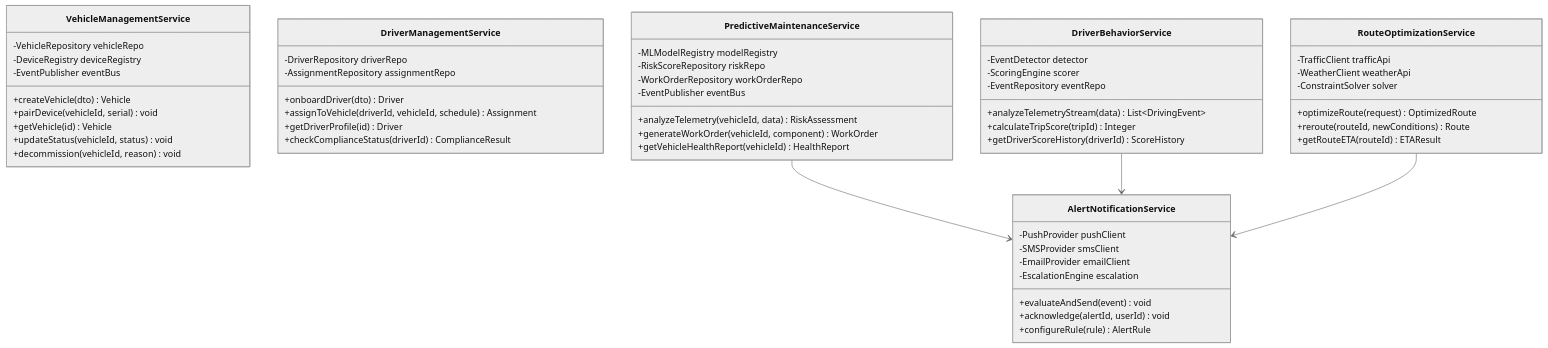
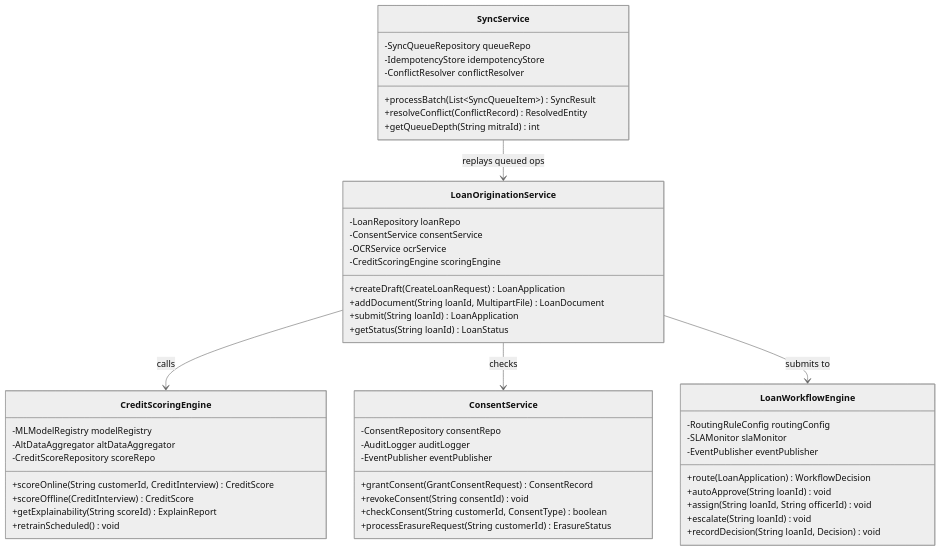
The fourth of 5 diagrams in CLASS_DIAGRAM.md (adityasinghz/kata), drawn with Mermaid (neutral theme) before and after one commit. The commit also changed other lines of this file and 24 other files, not shown here.

````diff
--- a/CLASS_DIAGRAM.md
+++ b/CLASS_DIAGRAM.md
@@ -288,64 +276,58 @@
 ```mermaid
 classDiagram
-    class VehicleManagementService {
-        -VehicleRepository vehicleRepo
-        -DeviceRegistry deviceRegistry
-        -EventPublisher eventBus
-        +createVehicle(dto) Vehicle
-        +pairDevice(vehicleId, serial) void
-        +getVehicle(id) Vehicle
-        +updateStatus(vehicleId, status) void
-        +decommission(vehicleId, reason) void
+    class LoanOriginationService {
+        -LoanRepository loanRepo
+        -ConsentService consentService
+        -OCRService ocrService
+        -CreditScoringEngine scoringEngine
+        +createDraft(CreateLoanRequest) LoanApplication
+        +addDocument(String loanId, MultipartFile) LoanDocument
+        +submit(String loanId) LoanApplication
+        +getStatus(String loanId) LoanStatus
     }
 
-    class DriverManagementService {
-        -DriverRepository driverRepo
-        -AssignmentRepository assignmentRepo
-        +onboardDriver(dto) Driver
-        +assignToVehicle(driverId, vehicleId, schedule) Assignment
-        +getDriverProfile(id) Driver
-        +checkComplianceStatus(driverId) ComplianceResult
+    class CreditScoringEngine {
+        -MLModelRegistry modelRegistry
+        -AltDataAggregator altDataAggregator
+        -CreditScoreRepository scoreRepo
+        +scoreOnline(String customerId, CreditInterview) CreditScore
+        +scoreOffline(CreditInterview) CreditScore
+        +getExplainability(String scoreId) ExplainReport
+        +retrainScheduled() void
     }
 
-    class PredictiveMaintenanceService {
-        -MLModelRegistry modelRegistry
-        -RiskScoreRepository riskRepo
-        -WorkOrderRepository workOrderRepo
-        -EventPublisher eventBus
-        +analyzeTelemetry(vehicleId, data) RiskAssessment
-        +generateWorkOrder(vehicleId, component) WorkOrder
-        +getVehicleHealthReport(vehicleId) HealthReport
+    class SyncService {
+        -SyncQueueRepository queueRepo
+        -IdempotencyStore idempotencyStore
+        -ConflictResolver conflictResolver
+        +processBatch(List~SyncQueueItem~) SyncResult
+        +resolveConflict(ConflictRecord) ResolvedEntity
+        +getQueueDepth(String mitraId) int
     }
 
-    class RouteOptimizationService {
-        -TrafficClient trafficApi
-        -WeatherClient weatherApi
-        -ConstraintSolver solver
-        +optimizeRoute(request) OptimizedRoute
-        +reroute(routeId, newConditions) Route
-        +getRouteETA(routeId) ETAResult
+    class ConsentService {
+        -ConsentRepository consentRepo
+        -AuditLogger auditLogger
+        -EventPublisher eventPublisher
+        +grantConsent(GrantConsentRequest) ConsentRecord
+        +revokeConsent(String consentId) void
+        +checkConsent(String customerId, ConsentType) boolean
+        +processErasureRequest(String customerId) ErasureStatus
     }
 
-    class DriverBehaviorService {
-        -EventDetector detector
-        -ScoringEngine scorer
-        -EventRepository eventRepo
-        +analyzeTelemetryStream(data) List~DrivingEvent~
-        +calculateTripScore(tripId) Integer
-        +getDriverScoreHistory(driverId) ScoreHistory
+    class LoanWorkflowEngine {
+        -RoutingRuleConfig routingConfig
+        -SLAMonitor slaMonitor
+        -EventPublisher eventPublisher
+        +route(LoanApplication) WorkflowDecision
+        +autoApprove(String loanId) void
+        +assign(String loanId, String officerId) void
+        +escalate(String loanId) void
+        +recordDecision(String loanId, Decision) void
     }
 
-    class AlertNotificationService {
-        -PushProvider pushClient
-        -SMSProvider smsClient
-        -EmailProvider emailClient
-        -EscalationEngine escalation
-        +evaluateAndSend(event) void
-        +acknowledge(alertId, userId) void
-        +configureRule(rule) AlertRule
-    }
-
-    PredictiveMaintenanceService --> AlertNotificationService
-    DriverBehaviorService --> AlertNotificationService
-    RouteOptimizationService --> AlertNotificationService
+    LoanOriginationService --> CreditScoringEngine : calls
+    LoanOriginationService --> ConsentService : checks
+    LoanOriginationService --> LoanWorkflowEngine : submits to
+    SyncService --> LoanOriginationService : replays queued ops
 ```
````
